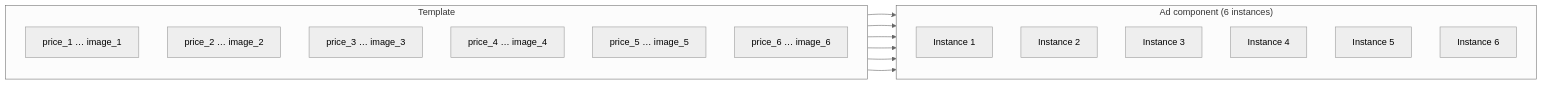
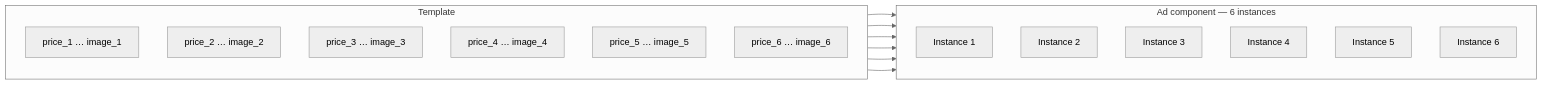
Before and after one commit to chili-publish/grafx-documentation: the fifth of 5 diagrams in docs/GraFx-Studio/concepts/component-mapping/index.md, drawn with Mermaid (neutral theme). The commit also changed other lines of this file, not shown here.

First line of the commit message:
Rewrite component mapping concept page: scenario-driven, designer-first

````diff
--- a/docs/GraFx-Studio/concepts/component-mapping/index.md
+++ b/docs/GraFx-Studio/concepts/component-mapping/index.md
@@ -172,27 +192,27 @@
-```mermaid
-flowchart LR
-    subgraph Template
-        direction TB
-        T1["price_1 … image_1"]
-        T2["price_2 … image_2"]
-        T3["price_3 … image_3"]
-        T4["price_4 … image_4"]
-        T5["price_5 … image_5"]
-        T6["price_6 … image_6"]
-    end
-    subgraph "Ad component (6 instances)"
-        direction TB
-        I1["Instance 1"]
-        I2["Instance 2"]
-        I3["Instance 3"]
-        I4["Instance 4"]
-        I5["Instance 5"]
-        I6["Instance 6"]
-    end
-    T1 --> I1
-    T2 --> I2
-    T3 --> I3
-    T4 --> I4
-    T5 --> I5
-    T6 --> I6
-```
+    ```mermaid
+    flowchart LR
+        subgraph Template
+            direction TB
+            T1["price_1 … image_1"]
+            T2["price_2 … image_2"]
+            T3["price_3 … image_3"]
+            T4["price_4 … image_4"]
+            T5["price_5 … image_5"]
+            T6["price_6 … image_6"]
+        end
+        subgraph "Ad component — 6 instances"
+            direction TB
+            I1["Instance 1"]
+            I2["Instance 2"]
+            I3["Instance 3"]
+            I4["Instance 4"]
+            I5["Instance 5"]
+            I6["Instance 6"]
+        end
+        T1 --> I1
+        T2 --> I2
+        T3 --> I3
+        T4 --> I4
+        T5 --> I5
+        T6 --> I6
+    ```
````
